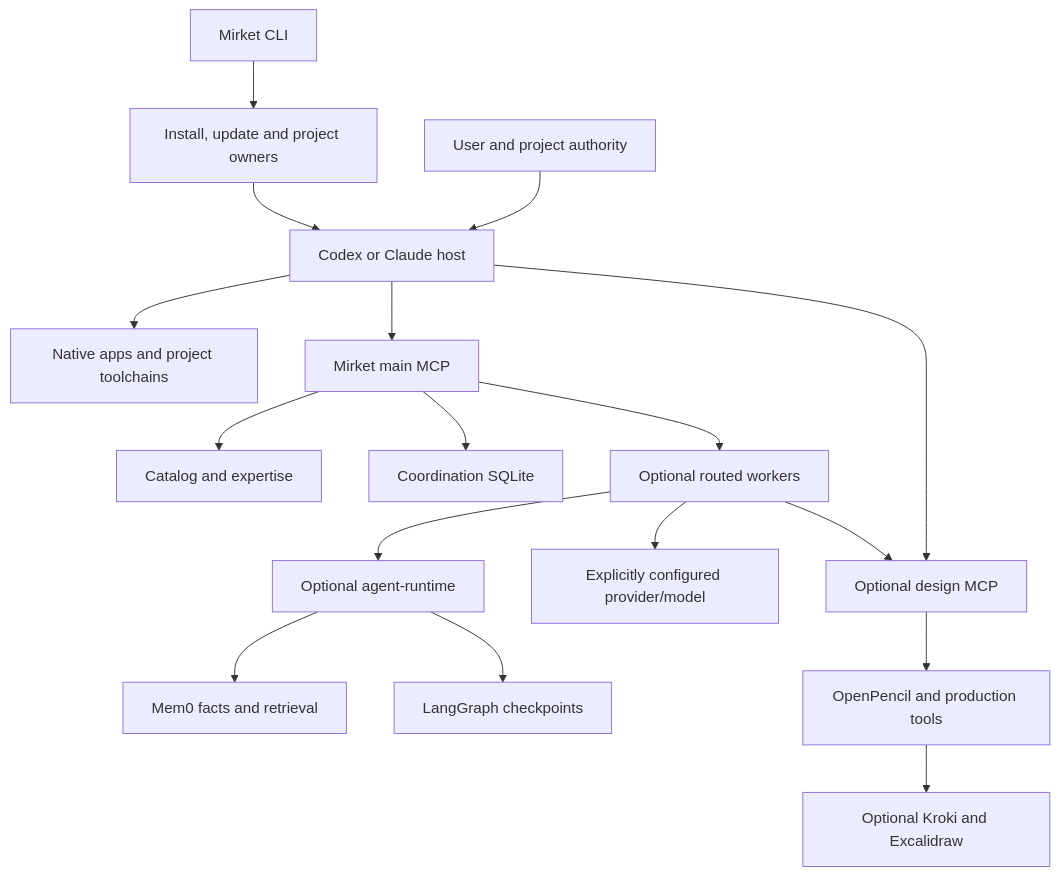
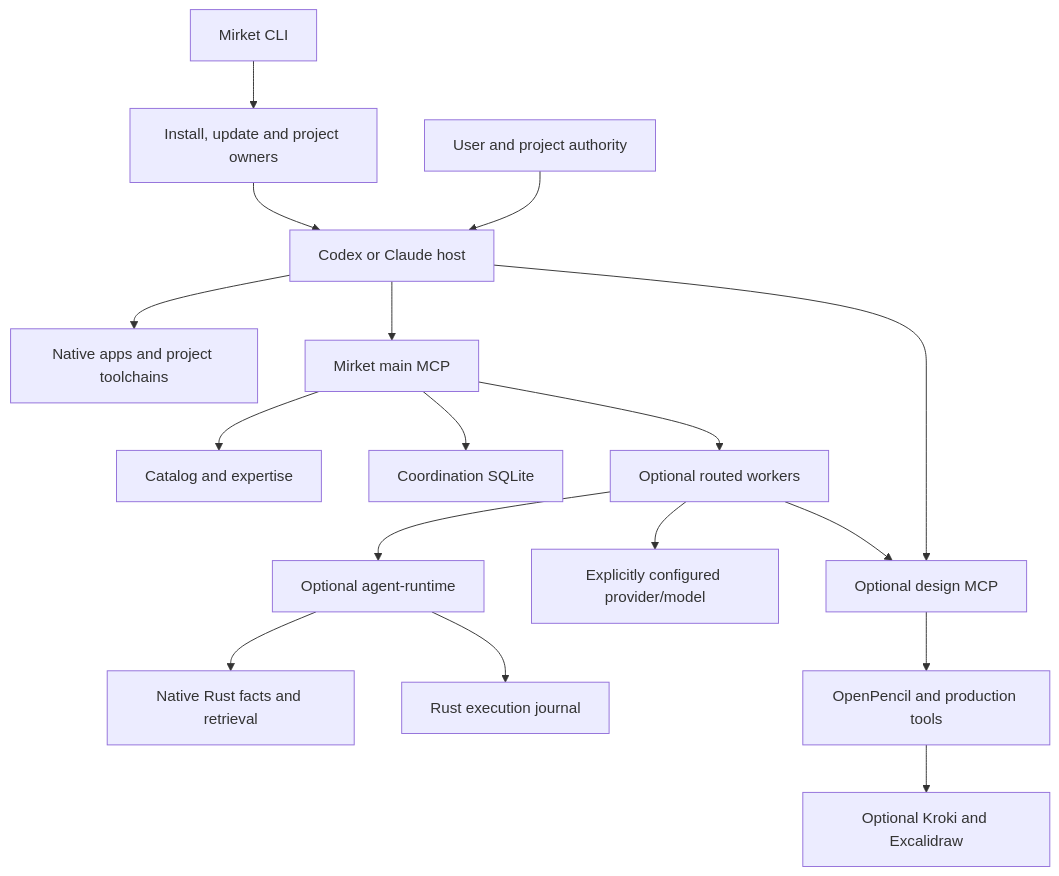
Before and after one commit to codemirket/harness: the diagram in docs/harness-map.md, drawn with Mermaid. The commit also changed other lines of this file and 127 other files, not shown here.

````diff
--- a/docs/harness-map.md
+++ b/docs/harness-map.md
@@ -14,19 +14,19 @@
 ```mermaid
 flowchart TD
     User[User and project authority] --> Host[Codex or Claude host]
     Host --> Native[Native apps and project toolchains]
     Host --> Main[Mirket main MCP]
     Host --> Design[Optional design MCP]
     CLI[Mirket CLI] --> Setup[Install, update and project owners]
     Setup --> Host
     Main --> Catalog[Catalog and expertise]
     Main --> State[Coordination SQLite]
     Main --> Router[Optional routed workers]
     Router --> Model[Explicitly configured provider/model]
     Router --> Design
     Router --> Agent[Optional agent-runtime]
-    Agent --> Memory[Mem0 facts and retrieval]
-    Agent --> Graph[LangGraph checkpoints]
+    Agent --> Memory[Native Rust facts and retrieval]
+    Agent --> Graph[Rust execution journal]
     Design --> Tools[OpenPencil and production tools]
     Tools --> Images[Optional Kroki and Excalidraw]
 ```
````
